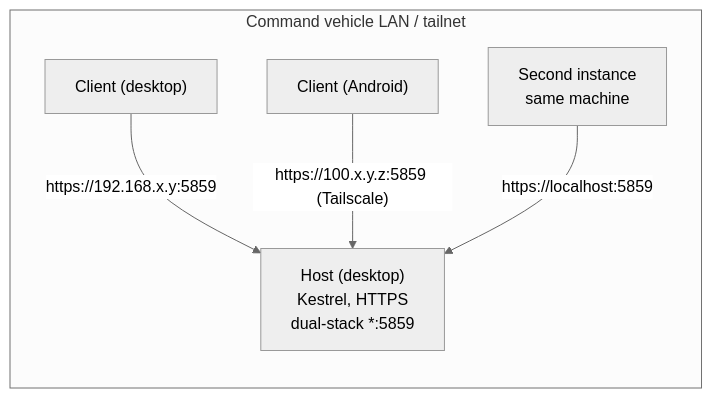
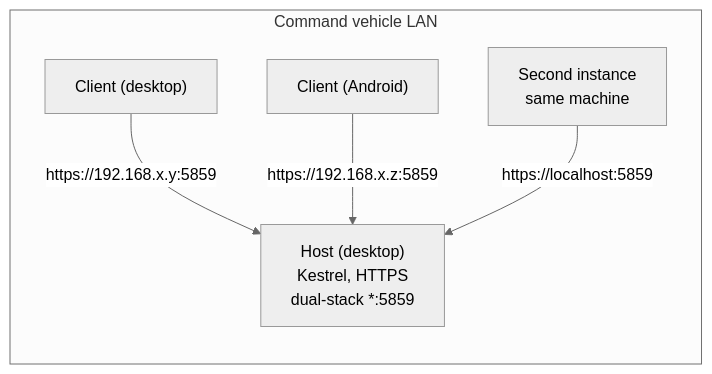
Before and after one commit to CodeForFire/lagebuch: the second of 11 diagrams in docs/sync-architecture.md, drawn with Mermaid (neutral theme). The commit also changed other lines of this file, not shown here.

First line of the commit message:
docs: drop Tailscale from the sync architecture page

````diff
--- a/docs/sync-architecture.md
+++ b/docs/sync-architecture.md
@@ -133,13 +133,13 @@
 ```mermaid
 flowchart LR
-    subgraph elw["Command vehicle LAN / tailnet"]
+    subgraph elw["Command vehicle LAN"]
         HostDev["Host (desktop)<br/>Kestrel, HTTPS<br/>dual-stack *:5859"]
         C1["Client (desktop)"]
         C2["Client (Android)"]
         C3["Second instance<br/>same machine"]
     end
 
     C1 -- "https://192.168.x.y:5859" --> HostDev
-    C2 -- "https://100.x.y.z:5859 (Tailscale)" --> HostDev
+    C2 -- "https://192.168.x.z:5859" --> HostDev
     C3 -- "https://localhost:5859" --> HostDev
 ```
````
